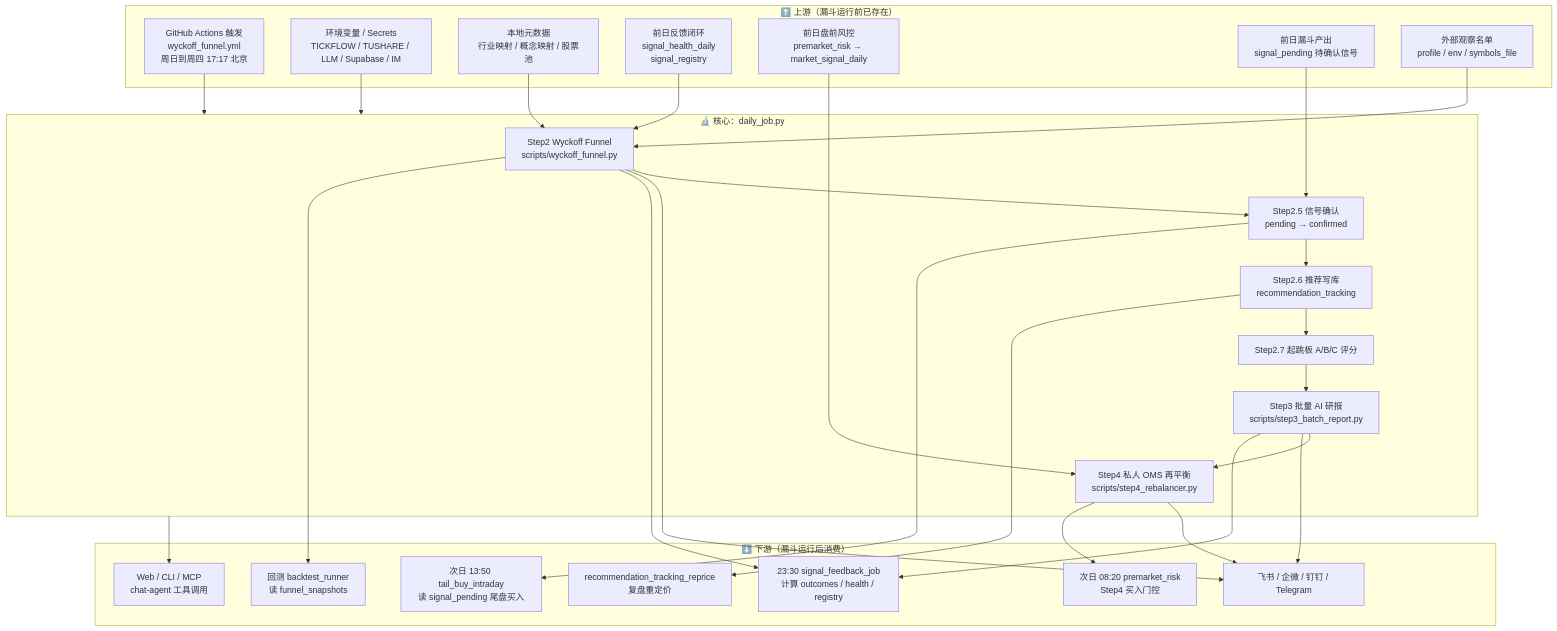
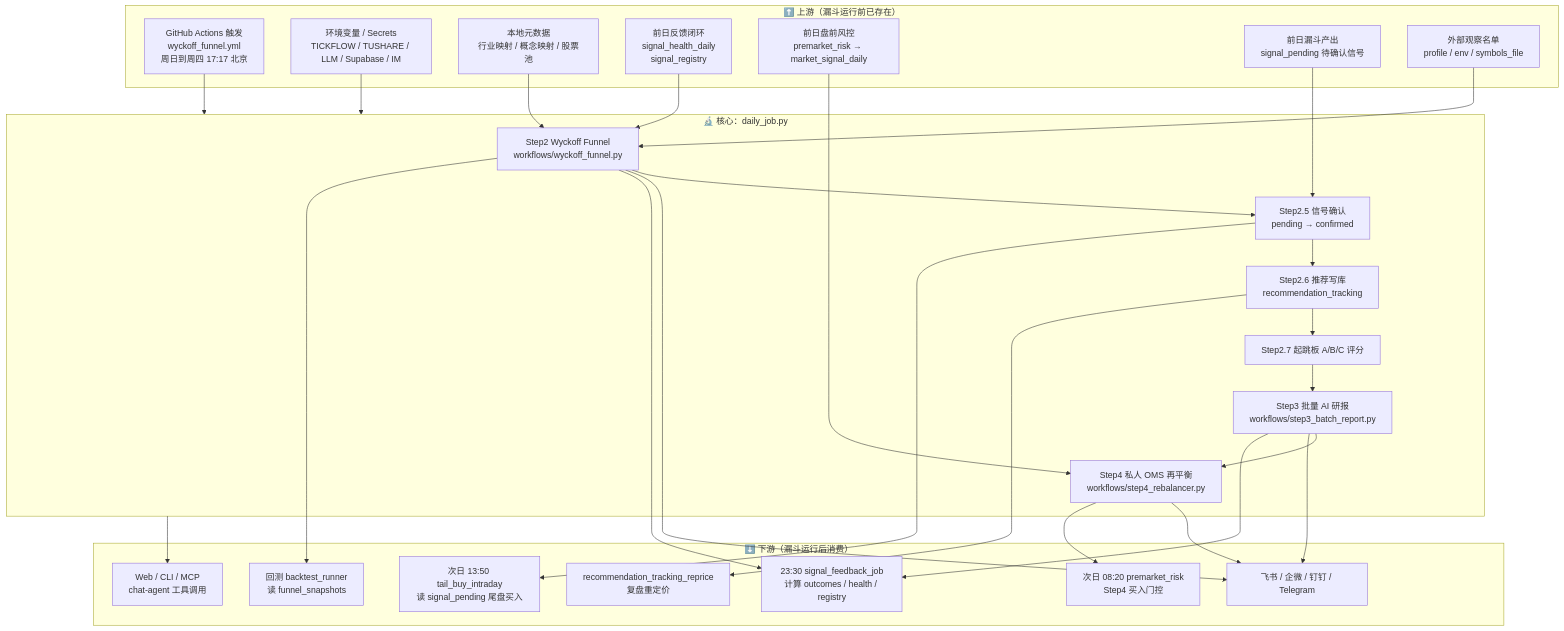
One commit to niyoh120/Wyckoff-Analysis changed the first of 7 diagrams in docs/A_SHARE_FUNNEL_FLOW.md. Above: the diagram before and after it, drawn with Mermaid. The commit also changed other lines of this file and 455 other files, not shown here.

````diff
--- a/docs/A_SHARE_FUNNEL_FLOW.md
+++ b/docs/A_SHARE_FUNNEL_FLOW.md
@@ -11,53 +11,53 @@
 ```mermaid
 flowchart TB
     subgraph UPSTREAM["⬆️ 上游（漏斗运行前已存在）"]
         U1["GitHub Actions 触发<br/>wyckoff_funnel.yml<br/>周日到周四 17:17 北京"]
         U2["环境变量 / Secrets<br/>TICKFLOW / TUSHARE / LLM / Supabase / IM"]
         U3["本地元数据<br/>行业映射 / 概念映射 / 股票池"]
         U4["前日反馈闭环<br/>signal_health_daily<br/>signal_registry"]
         U5["前日盘前风控<br/>premarket_risk → market_signal_daily"]
         U6["前日漏斗产出<br/>signal_pending 待确认信号"]
         U7["外部观察名单<br/>profile / env / symbols_file"]
     end
 
     subgraph CORE["🔬 核心：daily_job.py"]
-        S2["Step2 Wyckoff Funnel<br/>scripts/wyckoff_funnel.py"]
+        S2["Step2 Wyckoff Funnel<br/>workflows/wyckoff_funnel.py"]
         S25["Step2.5 信号确认<br/>pending → confirmed"]
         S26["Step2.6 推荐写库<br/>recommendation_tracking"]
         S27["Step2.7 起跳板 A/B/C 评分"]
-        S3["Step3 批量 AI 研报<br/>scripts/step3_batch_report.py"]
-        S4["Step4 私人 OMS 再平衡<br/>scripts/step4_rebalancer.py"]
+        S3["Step3 批量 AI 研报<br/>workflows/step3_batch_report.py"]
+        S4["Step4 私人 OMS 再平衡<br/>workflows/step4_rebalancer.py"]
     end
 
     subgraph DOWNSTREAM["⬇️ 下游（漏斗运行后消费）"]
         D1["23:30 signal_feedback_job<br/>计算 outcomes / health / registry"]
         D2["次日 08:20 premarket_risk<br/>Step4 买入门控"]
         D3["次日 13:50 tail_buy_intraday<br/>读 signal_pending 尾盘买入"]
         D4["Web / CLI / MCP<br/>chat-agent 工具调用"]
         D5["回测 backtest_runner<br/>读 funnel_snapshots"]
         D6["recommendation_tracking_reprice<br/>复盘重定价"]
         D7["飞书 / 企微 / 钉钉 / Telegram"]
     end
 
     U1 --> CORE
     U2 --> CORE
     U3 --> S2
     U4 --> S2
     U5 --> S4
     U6 --> S25
     U7 --> S2
 
     S2 --> S25 --> S26 --> S27 --> S3 --> S4
 
     S2 --> D7
     S3 --> D7
     S4 --> D7
 
     S2 --> D1
     S3 --> D1
     S4 --> D2
     S25 --> D3
     S26 --> D6
     S2 --> D5
     CORE --> D4
 ```
````
